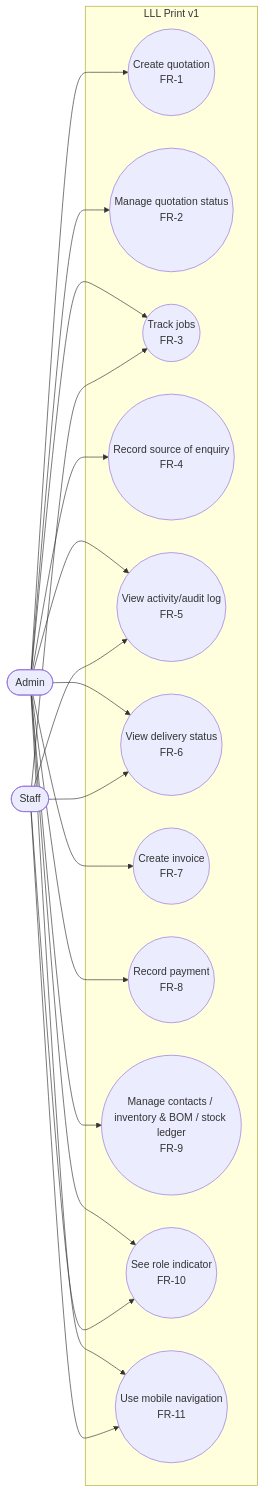
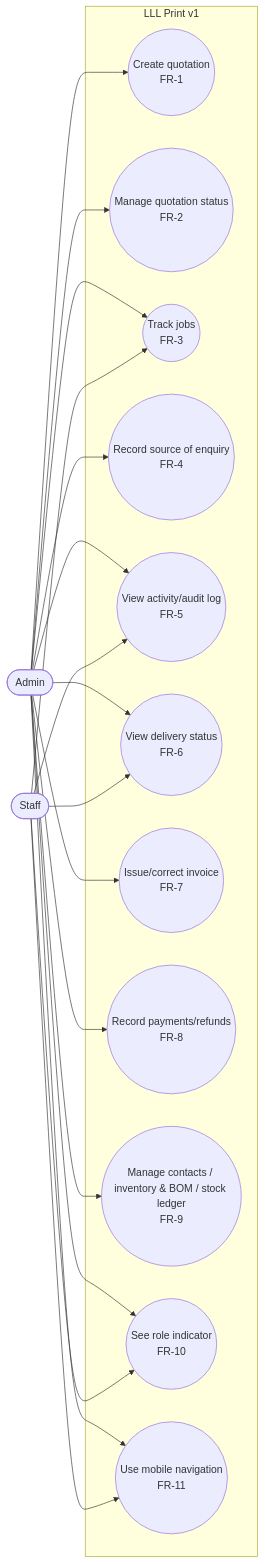
The second of 2 diagrams in docs/SRS.md (LLL-development/lll-print), drawn with Mermaid before and after one commit. The commit also changed other lines of this file and 98 other files, not shown here.

````diff
--- a/docs/SRS.md
+++ b/docs/SRS.md
@@ -153,37 +253,37 @@
 ```mermaid
 flowchart LR
     Admin(["Admin"])
     Staff(["Staff"])
 
     subgraph System["LLL Print v1"]
         UC1(("Create quotation<br/>FR-1"))
         UC2(("Manage quotation status<br/>FR-2"))
         UC3(("Track jobs<br/>FR-3"))
         UC4(("Record source of enquiry<br/>FR-4"))
         UC5(("View activity/audit log<br/>FR-5"))
         UC6(("View delivery status<br/>FR-6"))
-        UC7(("Create invoice<br/>FR-7"))
-        UC8(("Record payment<br/>FR-8"))
+        UC7(("Issue/correct invoice<br/>FR-7"))
+        UC8(("Record payments/refunds<br/>FR-8"))
         UC9(("Manage contacts / inventory &amp; BOM / stock ledger<br/>FR-9"))
         UC10(("See role indicator<br/>FR-10"))
         UC11(("Use mobile navigation<br/>FR-11"))
     end
 
     Admin --> UC1
     Admin --> UC2
     Admin --> UC3
     Admin --> UC4
     Admin --> UC5
     Admin --> UC6
     Admin --> UC7
     Admin --> UC8
     Admin --> UC9
     Admin --> UC10
     Admin --> UC11
 
     Staff --> UC3
     Staff --> UC5
     Staff --> UC6
     Staff --> UC10
     Staff --> UC11
 ```
````
